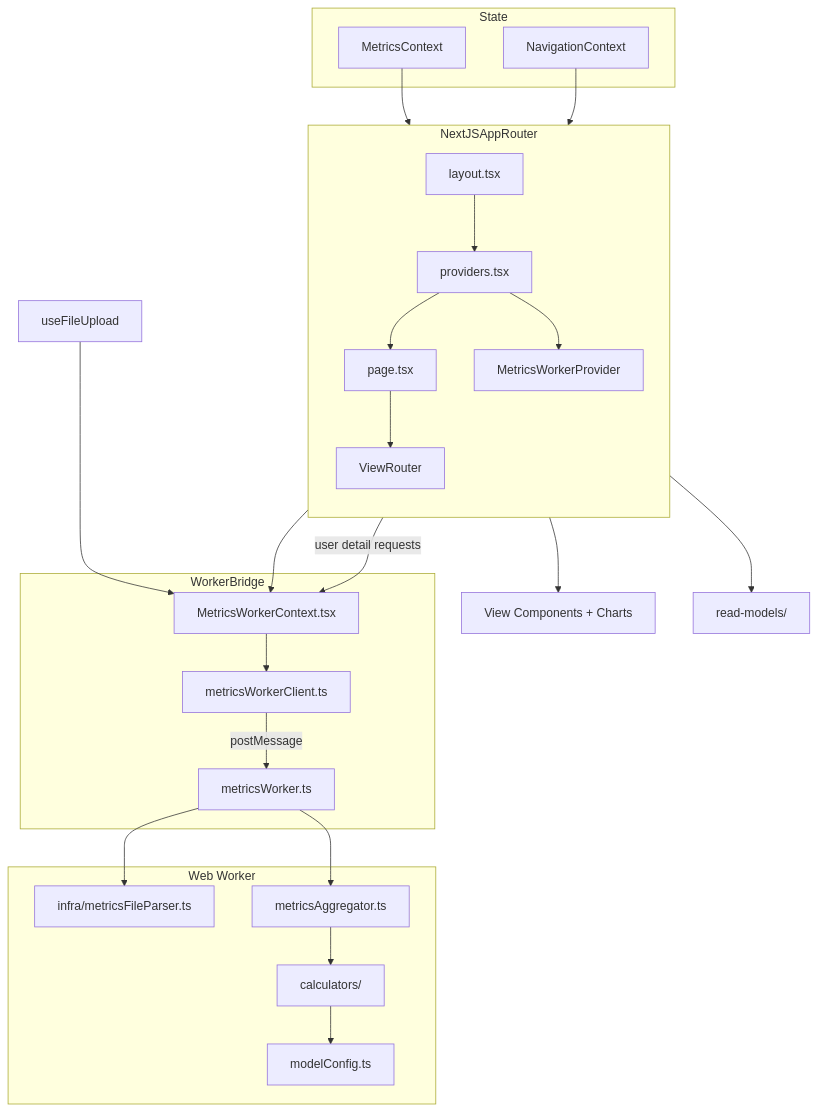
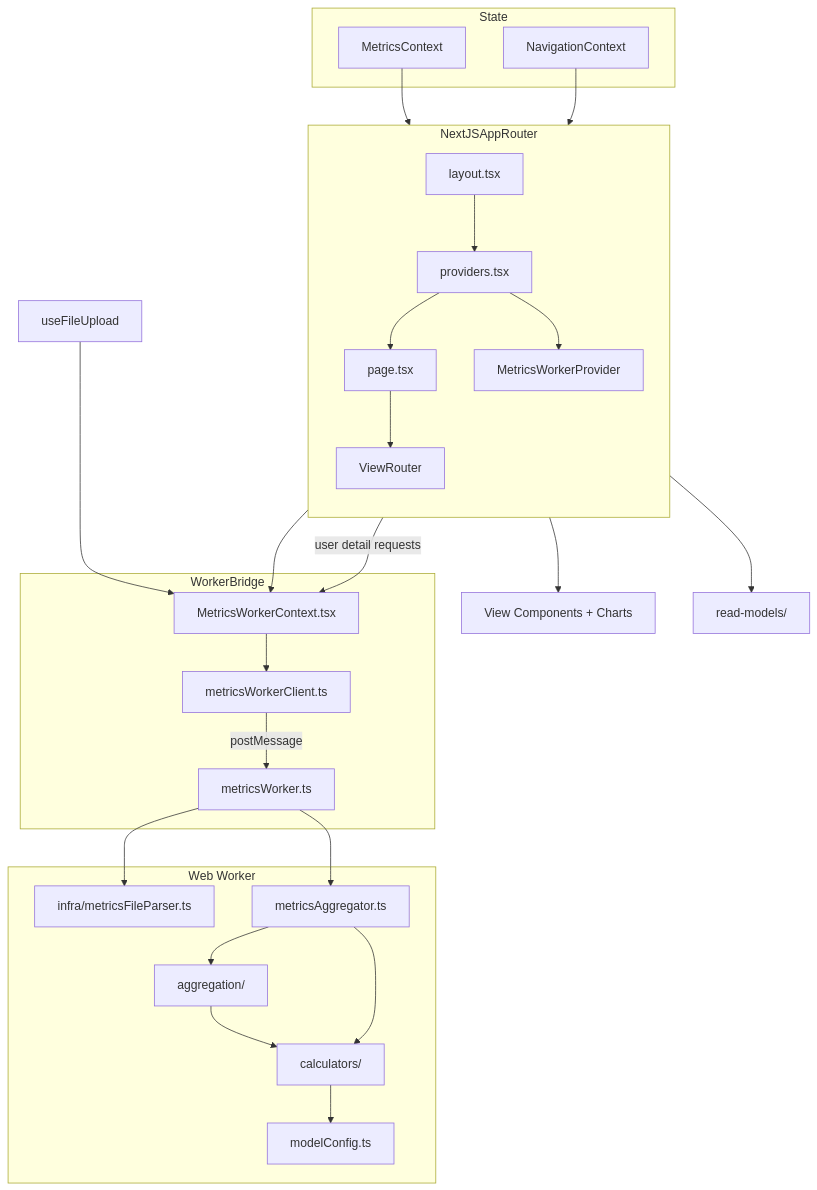
One commit to asizikov-demos/copilot-user-level-statistics-viewer changed the second of 2 diagrams in docs/project-overview.md. Above: the diagram before and after it, drawn with Mermaid. The commit also changed other lines of this file and 5 other files, not shown here.

````diff
--- a/docs/project-overview.md
+++ b/docs/project-overview.md
@@ -121,44 +124,47 @@
 ```mermaid
 flowchart TB
 	subgraph NextJSAppRouter
 		direction TB
 		L[layout.tsx] --> P[providers.tsx]
 		P --> H[page.tsx]
 		H --> VR[ViewRouter]
 		P --> MWP[MetricsWorkerProvider]
 	end
 
 	subgraph State
 		MC[MetricsContext]
 		NC[NavigationContext]
 	end
 
 	subgraph WebWorker[Web Worker]
 		MFP[infra/metricsFileParser.ts]
 		MA[metricsAggregator.ts]
+		AGG[aggregation/]
 		CALC[calculators/]
 		MConf[modelConfig.ts]
 	end
 
 	subgraph WorkerBridge
 		MWC[MetricsWorkerContext.tsx]
 		WC[metricsWorkerClient.ts]
 		WT[metricsWorker.ts]
 	end
 
 	VR --> Views[View Components + Charts]
 	VR --> RM[read-models/]
 
 	MWP --> MWC
 	MWC --> WC
 	UFU[useFileUpload] --> MWC
 	VR -->|user detail requests| MWC
 	WC -->|postMessage| WT
 	WT --> MFP
 	WT --> MA
+	MA --> AGG
+	AGG --> CALC
 	MA --> CALC
 	CALC --> MConf
 
 	MC --> VR
 	NC --> VR
 ```
````
